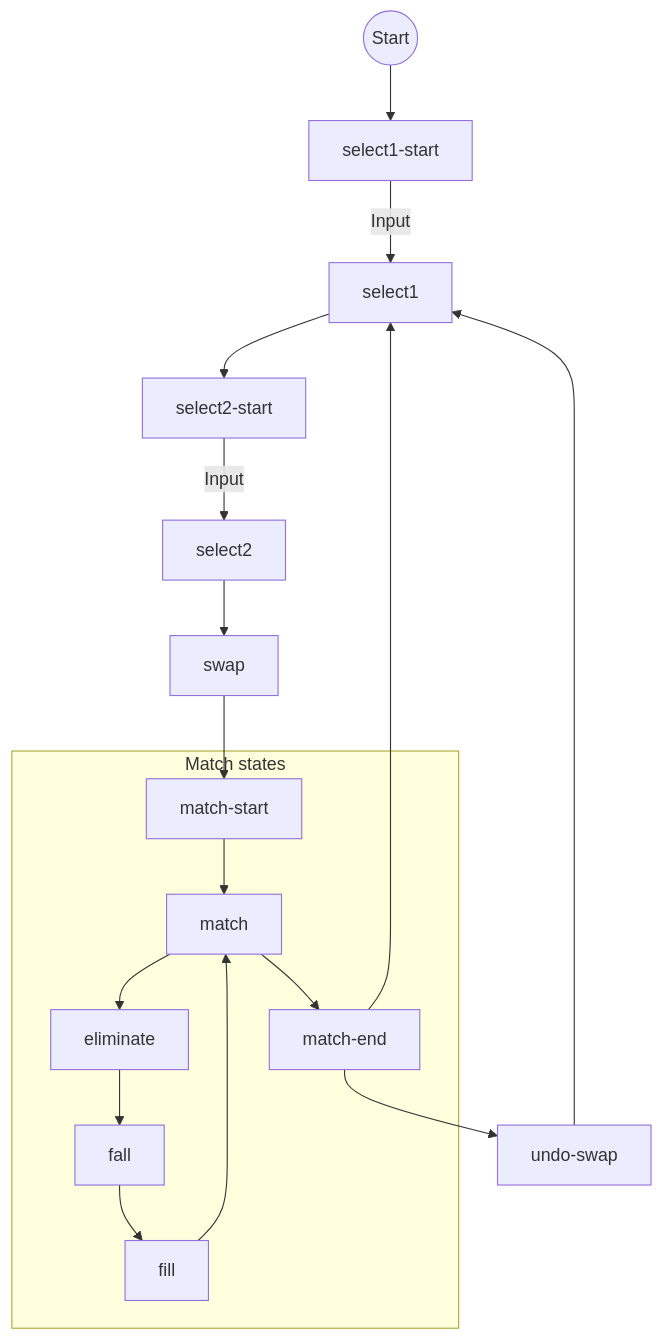
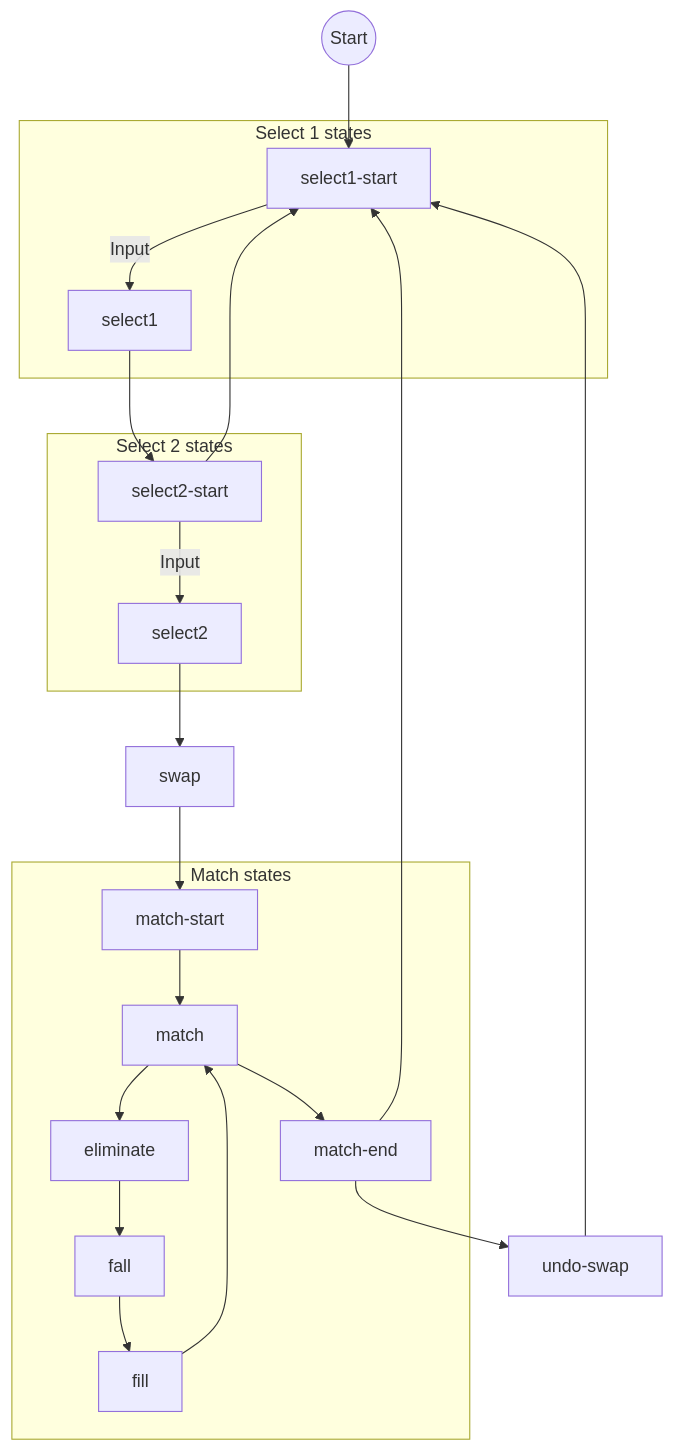
Before and after one commit to rexrainbow/phaser3-rex-notes: the diagram in docs/docs/board-bejeweled.md, drawn with Mermaid. The commit also changed other lines of this file and 16 other files, not shown here.

````diff
--- a/docs/docs/board-bejeweled.md
+++ b/docs/docs/board-bejeweled.md
@@ -192,23 +192,32 @@
 ```mermaid
 graph TD
 
 Start((Start)) --> Select1Start[select1-start]
-Select1Start --> |Input| Select1[select1]
+
+subgraph Select 1 states
+  Select1Start --> |Input| Select1[select1]
+end
+
 Select1 --> select2Start[select2-start]
-select2Start --> |Input| select2[select2]
+
+subgraph Select 2 states
+  select2Start --> |Input| select2[select2]
+end
+
+select2Start --> Select1Start
 select2 --> Swap[swap]
 Swap --> MatchStart[match-start]
 
 subgraph Match states
   MatchStart --> Match[match]
   Match --> Eliminate[eliminate]
   Match --> MatchEnd[match-end]
   Eliminate --> Fall[fall]
   Fall --> Fill[fill]
   Fill --> Match
 end
 
 MatchEnd --> UndoSwap[undo-swap]
-UndoSwap --> Select1
-MatchEnd --> Select1
+UndoSwap --> Select1Start
+MatchEnd --> Select1Start
 ```
````
